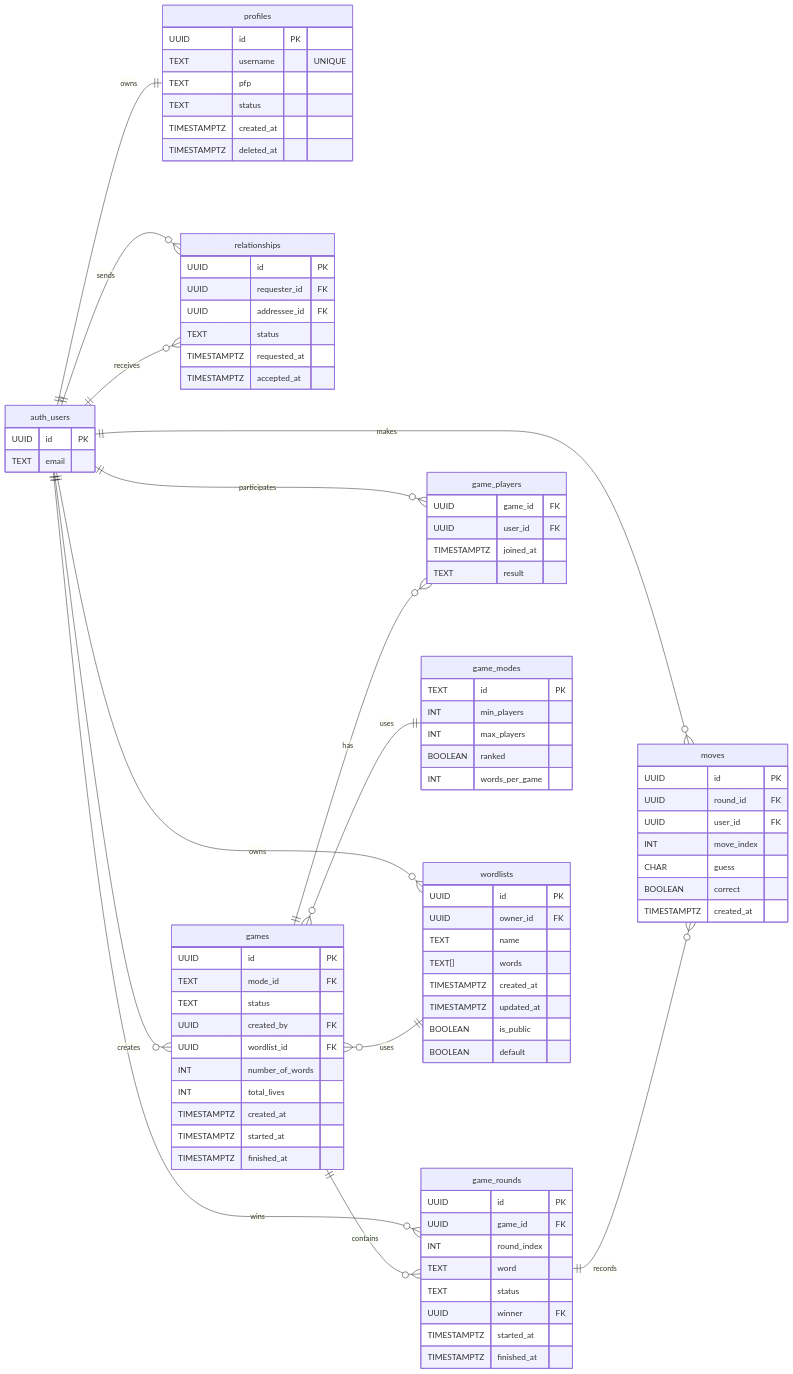
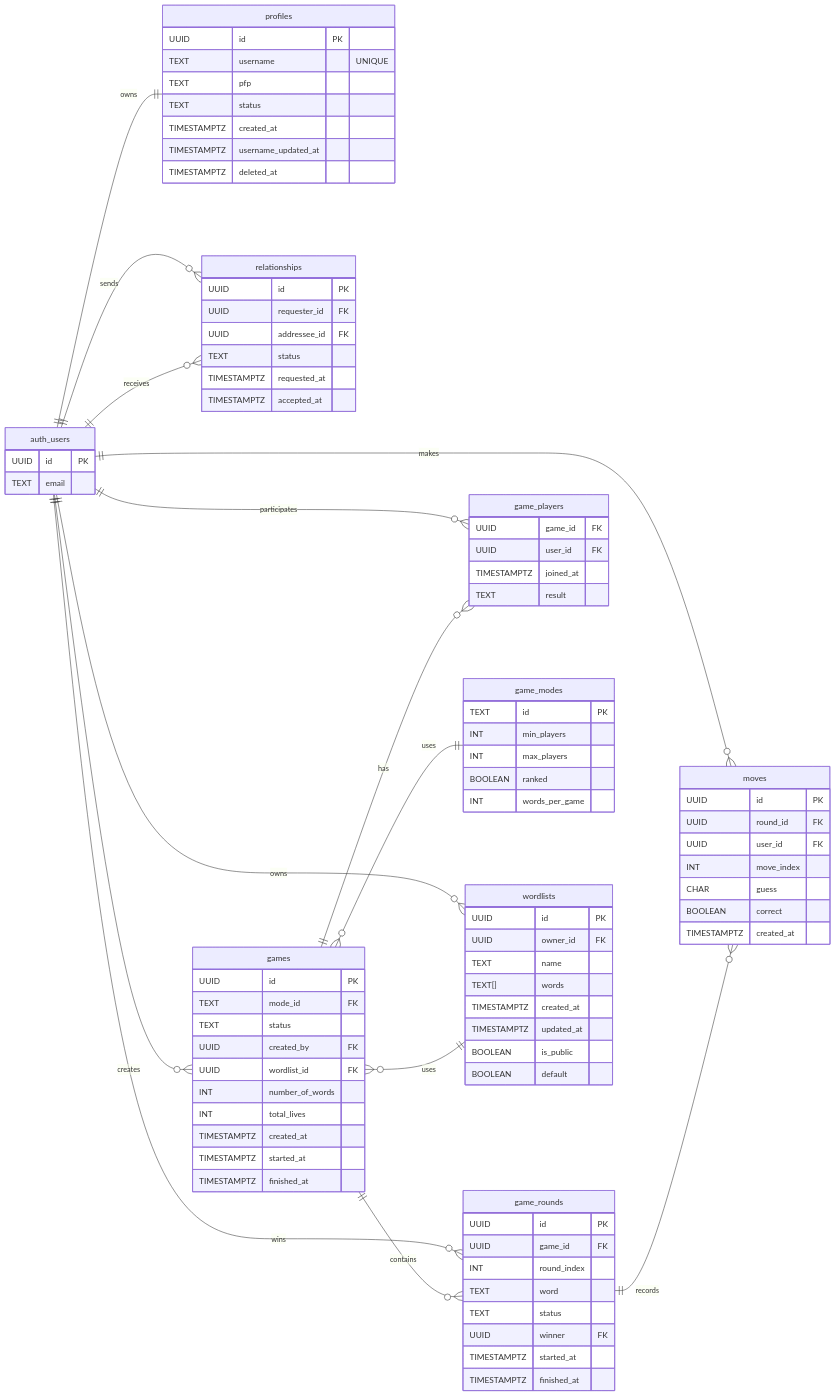
The diagram in design/dbDesign.md (pro0grammer1/hangman-v2), drawn with Mermaid before and after one commit. The commit also changed 1 other file, not shown here.

Commit message:
Added additional check for usernames and a new column 'username_updated_at'

```diff
--- a/design/dbDesign.md
+++ b/design/dbDesign.md
@@ -12,6 +12,7 @@
         TEXT pfp
         TEXT status
         TIMESTAMPTZ created_at
+        TIMESTAMPTZ username_updated_at
         TIMESTAMPTZ deleted_at
     }
 
```
